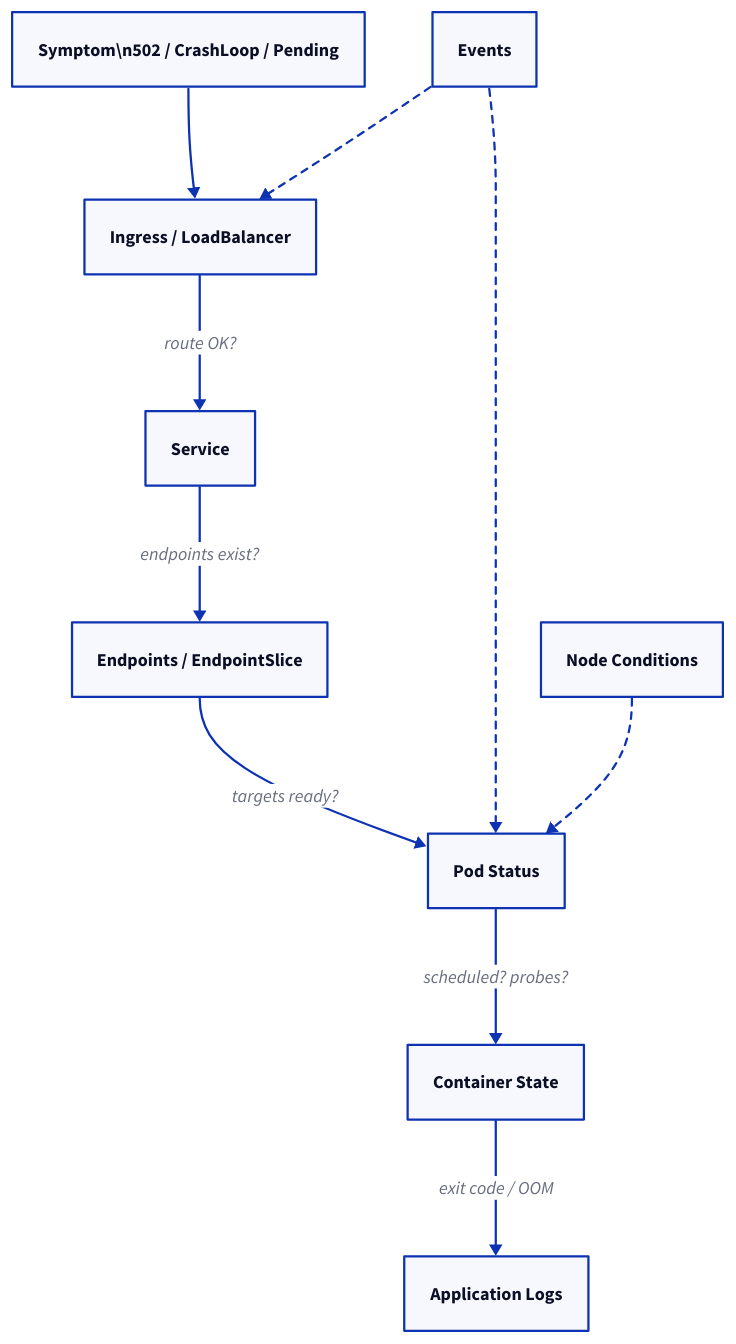
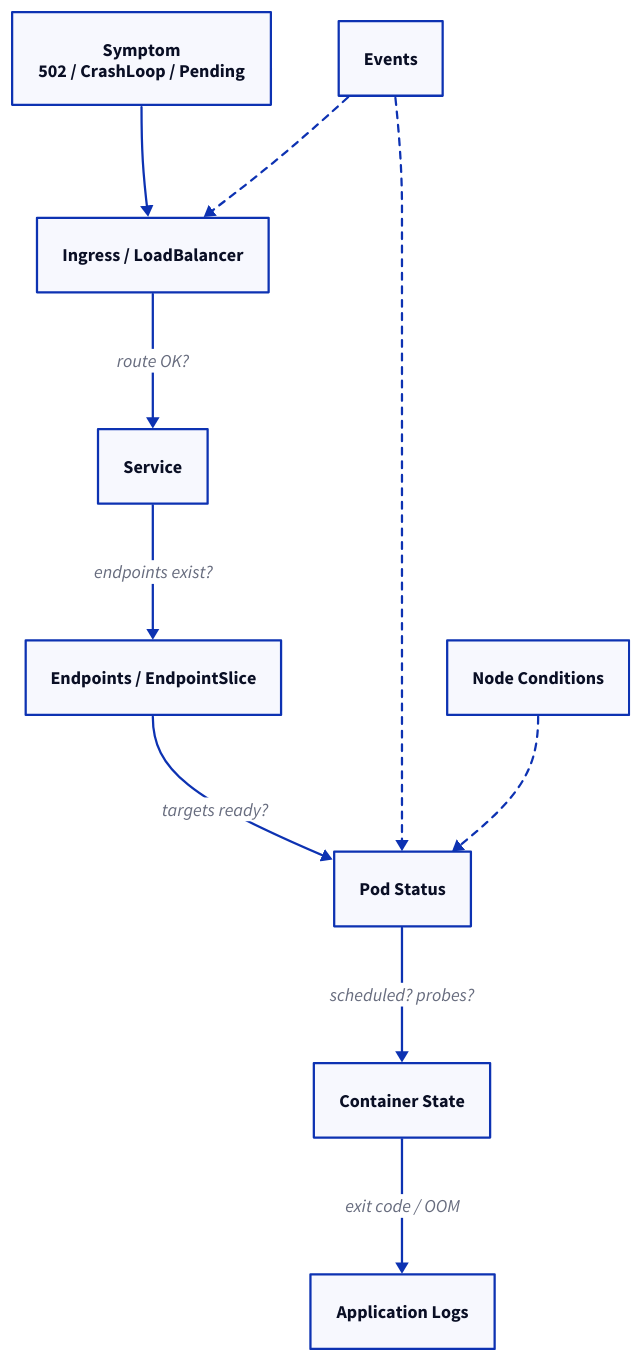
One commit to rebash-rebash/rebash-academy changed the diagram in docs/kubernetes/troubleshooting-kubernetes-workloads.md. Above: the diagram before and after it, drawn with D2. The commit also changed other lines of this file and 177 other files, not shown here.

First line of the commit message:
Ship Terraform track, diagram polish, and new brand favicon.

````diff
--- a/docs/kubernetes/troubleshooting-kubernetes-workloads.md
+++ b/docs/kubernetes/troubleshooting-kubernetes-workloads.md
@@ -57,28 +57,28 @@
 ```d2
 direction: down
 
-SYM: "Symptom\\n502 / CrashLoop / Pending"
+SYM: "Symptom\n502 / CrashLoop / Pending"
     ING: "Ingress / LoadBalancer"
     SVC: Service
     EP: "Endpoints / EndpointSlice"
     POD: "Pod Status"
     CTR: "Container State"
     APP: "Application Logs"
     SYM -> ING
     ING -> SVC: "route OK?"
     SVC -> EP: "endpoints exist?"
     EP -> POD: "targets ready?"
     POD -> CTR: "scheduled? probes?"
     CTR -> APP: "exit code / OOM"
     EVT: Events
     EVT -> POD: {
       style.stroke-dash: 3
     }
     EVT -> ING: {
       style.stroke-dash: 3
     }
     NODE: "Node Conditions"
     NODE -> POD: {
       style.stroke-dash: 3
     }
 ```
````
